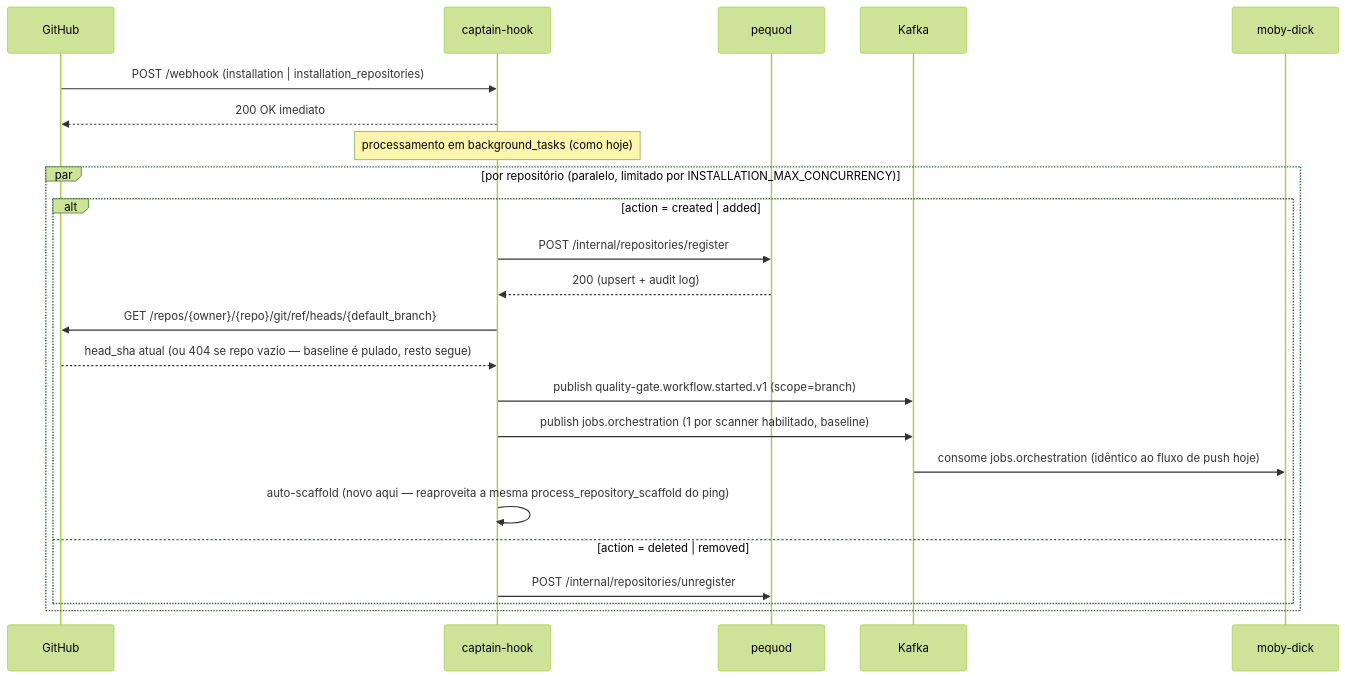
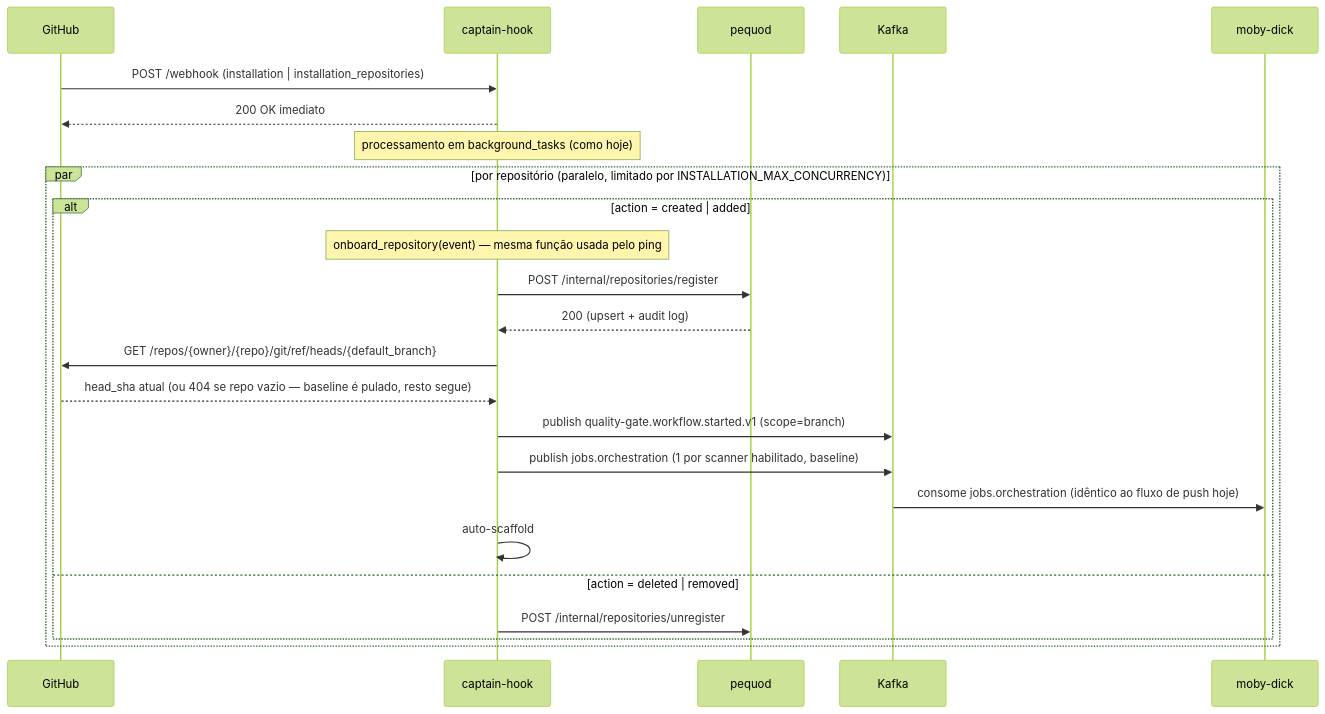
The second of 2 diagrams in docs/design/ping-install-rest-migration.md (OdinEye-FIAP/aspm-docs), drawn with Mermaid (forest theme) before and after one commit. The commit also changed other lines of this file, not shown here.

Commit message:
docs: extrai pipeline de onboarding (register+baseline+scaffold) num modulo unico compartilhado entre ping e install

````diff
--- a/docs/design/ping-install-rest-migration.md
+++ b/docs/design/ping-install-rest-migration.md
@@ -261,27 +282,28 @@
 ```mermaid
 sequenceDiagram
     participant GH as GitHub
     participant CH as captain-hook
     participant PQ as pequod
     participant K as Kafka
     participant MD as moby-dick
 
     GH->>CH: POST /webhook (installation | installation_repositories)
     CH-->>GH: 200 OK imediato
     Note over CH: processamento em background_tasks (como hoje)
 
     par por repositório (paralelo, limitado por INSTALLATION_MAX_CONCURRENCY)
         alt action = created | added
+            Note over CH: onboard_repository(event) — mesma função usada pelo ping
             CH->>PQ: POST /internal/repositories/register
             PQ-->>CH: 200 (upsert + audit log)
             CH->>GH: GET /repos/{owner}/{repo}/git/ref/heads/{default_branch}
             GH-->>CH: head_sha atual (ou 404 se repo vazio — baseline é pulado, resto segue)
             CH->>K: publish quality-gate.workflow.started.v1 (scope=branch)
             CH->>K: publish jobs.orchestration (1 por scanner habilitado, baseline)
             K->>MD: consome jobs.orchestration (idêntico ao fluxo de push hoje)
-            CH->>CH: auto-scaffold (novo aqui — reaproveita a mesma process_repository_scaffold do ping)
+            CH->>CH: auto-scaffold
         else action = deleted | removed
             CH->>PQ: POST /internal/repositories/unregister
         end
     end
 ```
````
